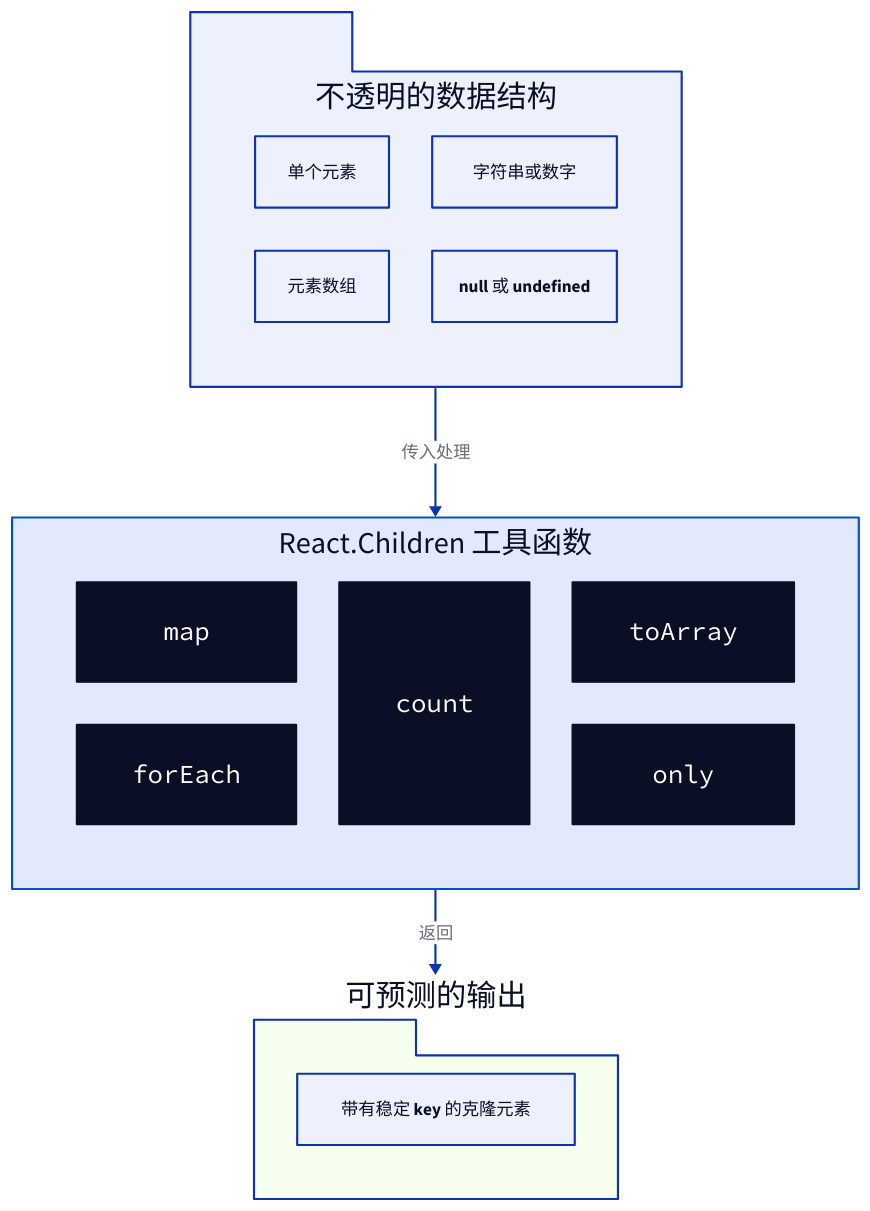
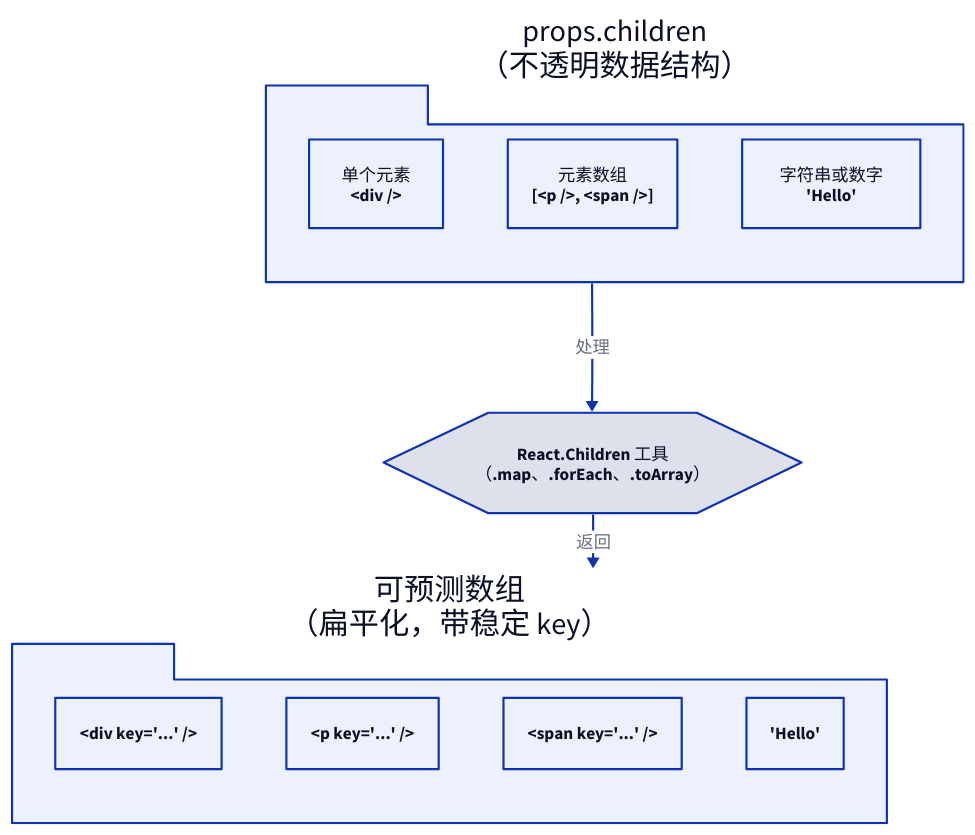
Before and after one commit to lban2049/react: the diagram in packages/react/.aigne/doc-smith/docs/core-apis-children-utilities.zh.md, drawn with D2. The commit also changed other lines of this file and 46 other files, not shown here.

````diff
--- a/packages/react/.aigne/doc-smith/docs/core-apis-children-utilities.zh.md
+++ b/packages/react/.aigne/doc-smith/docs/core-apis-children-utilities.zh.md
@@ -7,39 +7,51 @@
 ```d2
 direction: down
 
-"props.children": {
+props-children: {
+  label: "props.children\n（不透明数据结构）"
   shape: package
-  label: "不透明的数据结构"
-  grid-columns: 2
 
-  "单个元素": { shape: rectangle }
-  "元素数组": { shape: rectangle }
-  "字符串或数字": { shape: rectangle }
-  "null 或 undefined": { shape: rectangle }
+  child-1: {
+    label: "单个元素\n<div />"
+    shape: rectangle
+  }
+  child-2: {
+    label: "元素数组\n[<p />, <span />]"
+    shape: rectangle
+  }
+  child-3: {
+    label: "字符串或数字\n'Hello'"
+    shape: rectangle
+  }
 }
 
-"React.Children 工具函数": {
-  shape: rectangle
-  style: {
-    stroke: "#0052cc"
-  }
-  grid-columns: 3
-
-  "map": { shape: class }
-  "forEach": { shape: class }
-  "count": { shape: class }
-  "toArray": { shape: class }
-  "only": { shape: class }
+react-children-api: {
+  label: "React.Children 工具\n（.map、.forEach、.toArray）"
+  shape: hexagon
 }
 
-"Transformed Children": {
+processed-array: {
+  label: "可预测数组\n（扁平化，带稳定 key）"
   shape: package
-  label: " 可预测的输出"
-  style.fill: "#f6ffed"
 
-  "带有稳定 key 的克隆元素": { shape: rectangle }
+  element-1: {
+    label: "<div key='...' />"
+    shape: rectangle
+  }
+  element-2: {
+    label: "<p key='...' />"
+    shape: rectangle
+  }
+  element-3: {
+    label: "<span key='...' />"
+    shape: rectangle
+  }
+  element-4: {
+    label: "'Hello'"
+    shape: rectangle
+  }
 }
 
-"props.children" -> "React.Children 工具函数": "传入处理"
-"React.Children 工具函数" -> "Transformed Children": "返回"
+props-children -> react-children-api: "处理"
+react-children-api -> processed-array: "返回"
 ```
````
